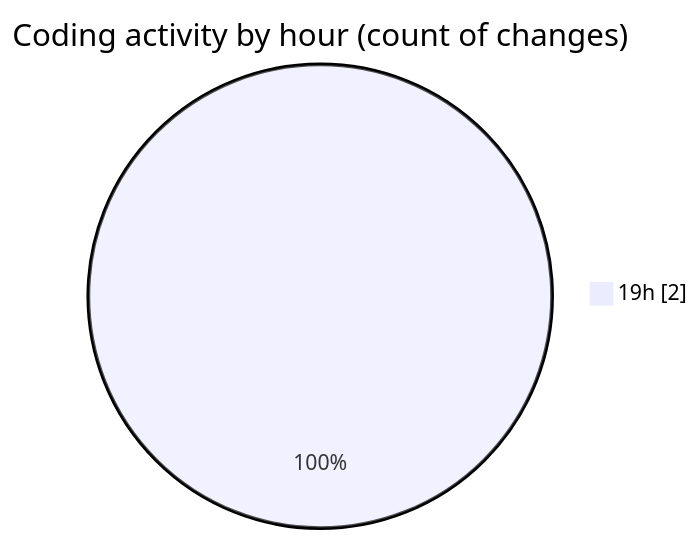
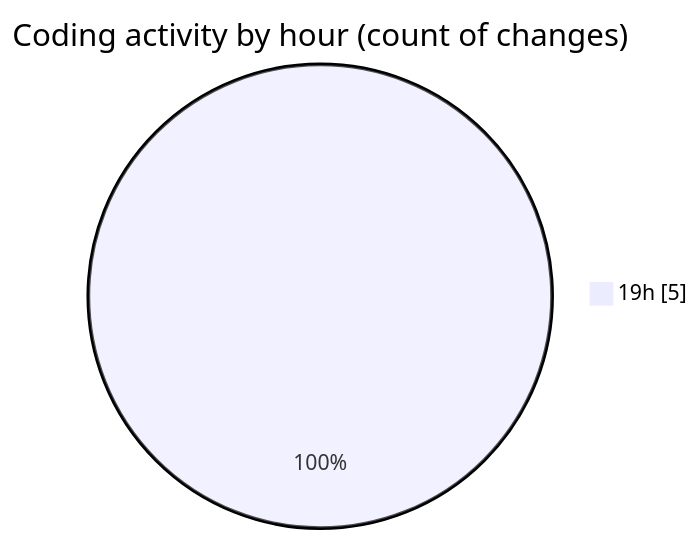
The second of 2 diagrams in 2025-06-20/archive/README.md (JenPaints/code-tracking), drawn with Mermaid before and after one commit. The commit also changed other lines of this file and 1 other file, not shown here.

````diff
--- a/2025-06-20/archive/README.md
+++ b/2025-06-20/archive/README.md
@@ -28,5 +31,5 @@
 ```mermaid
 pie showData
 title Coding activity by hour (count of changes)
-"19h" : 2
+"19h" : 5
 ```
````
